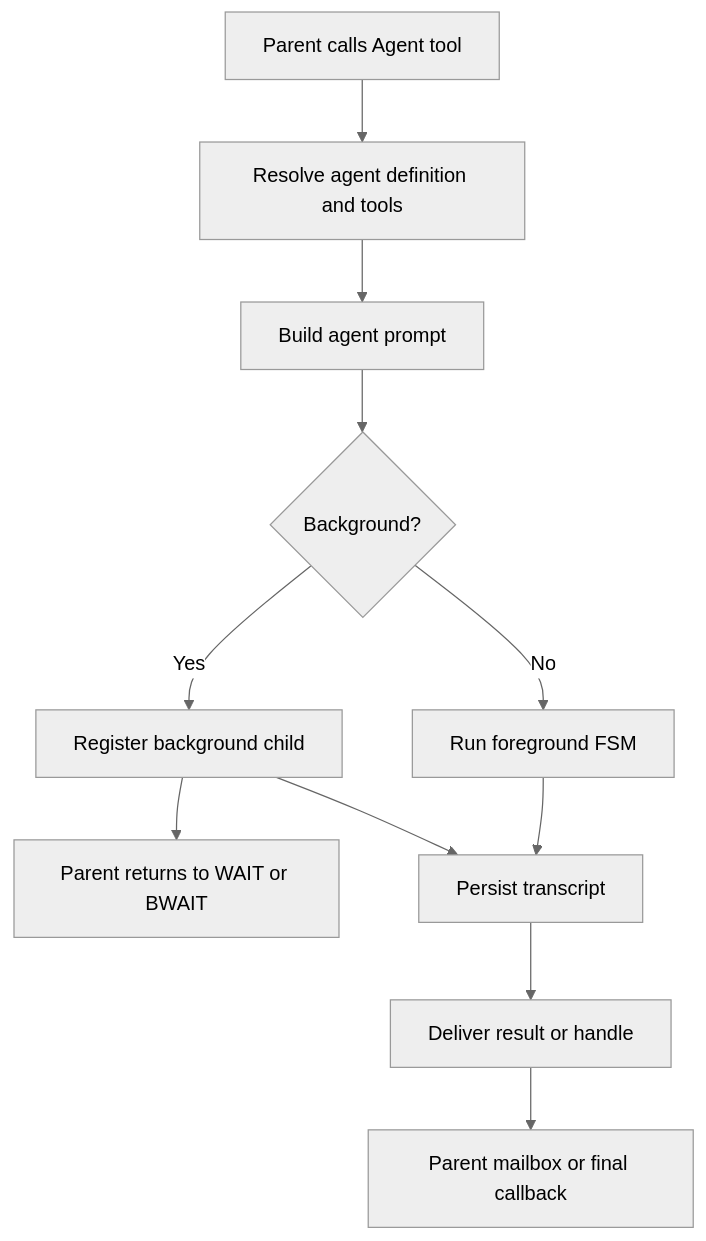
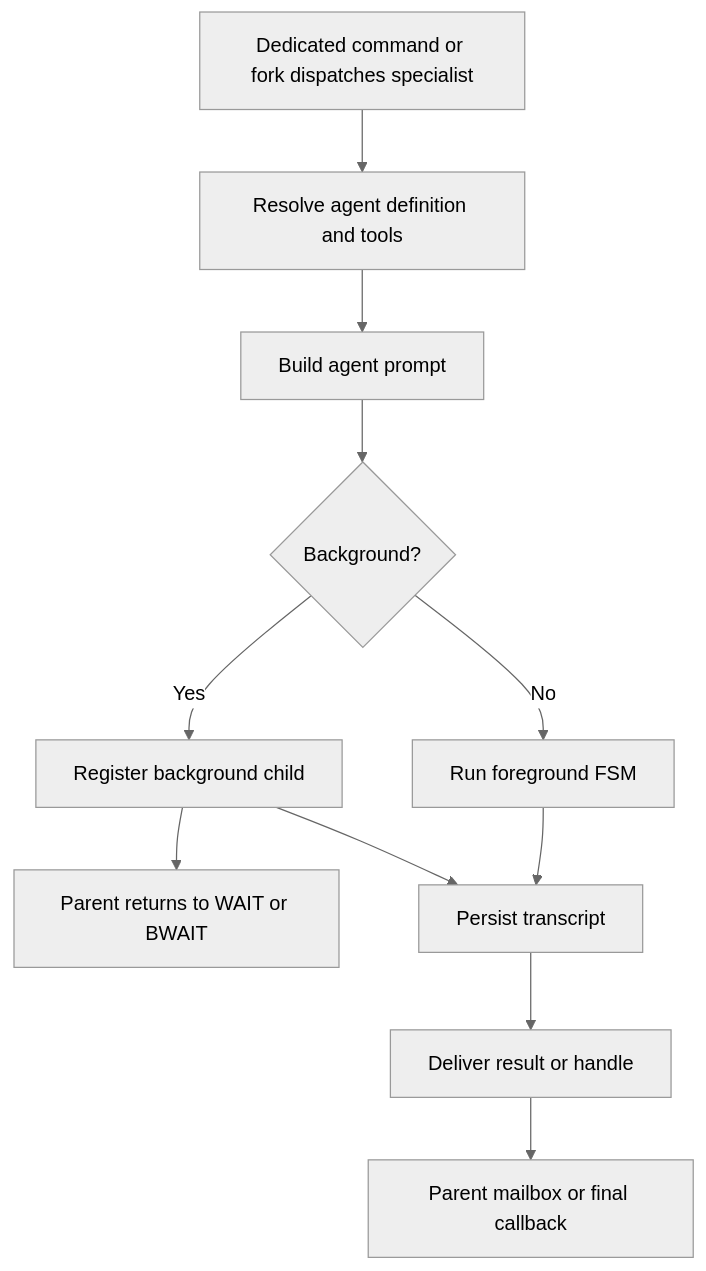
Before and after one commit to FrauH0lle/mevedel: the diagram in docs/agents.md, drawn with Mermaid (neutral theme). The commit also changed other lines of this file and 21 other files, not shown here.

````diff
--- a/docs/agents.md
+++ b/docs/agents.md
@@ -75,13 +81,13 @@
 ```mermaid
 flowchart TD
-    A[Parent calls Agent tool] --> B[Resolve agent definition and tools]
+    A[Dedicated command or fork dispatches specialist] --> B[Resolve agent definition and tools]
     B --> C[Build agent prompt]
     C --> D{Background?}
     D -- No --> E[Run foreground FSM]
     D -- Yes --> F[Register background child]
     F --> G[Parent returns to WAIT or BWAIT]
     E --> H[Persist transcript]
     F --> H
     H --> I[Deliver result or handle]
     I --> J[Parent mailbox or final callback]
 ```
````
